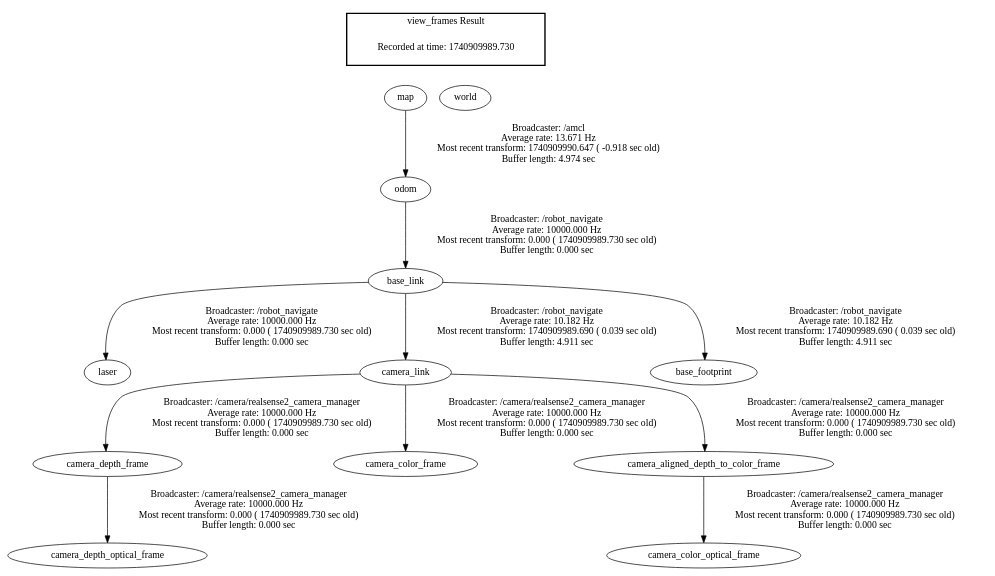
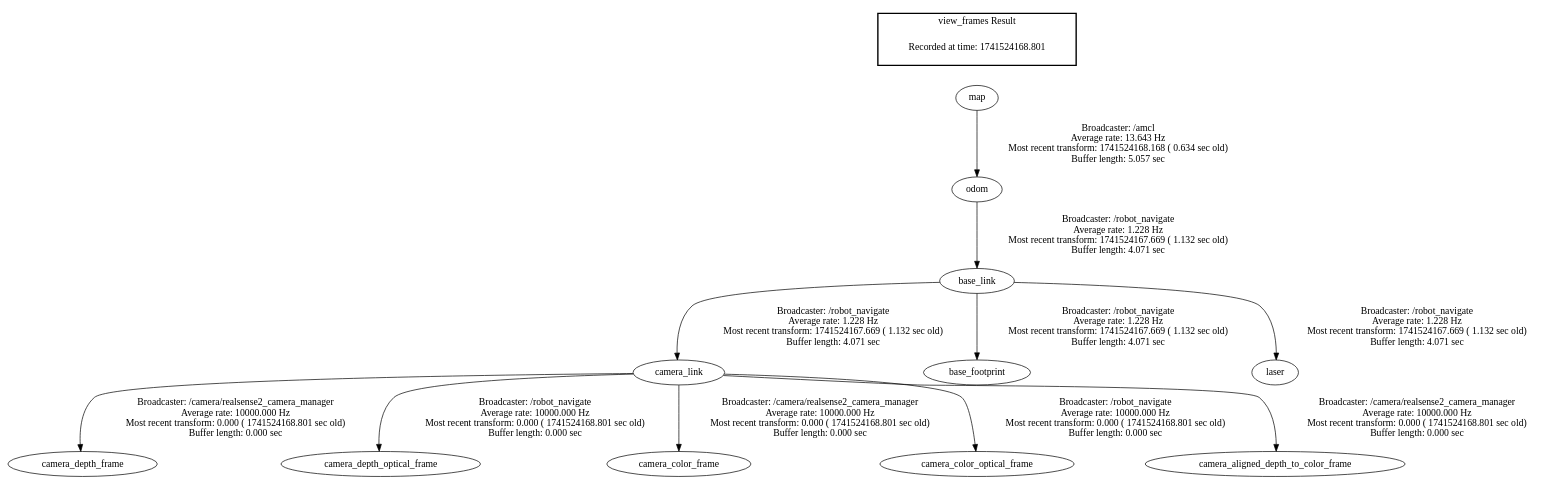
One commit to phmhp/SeniorProject2024 changed the diagram in catkin_ws/frames.gv. Above: the diagram before and after it, drawn with Graphviz. The commit also changed 372 other files, not shown here.

```diff
--- a/catkin_ws/frames.gv
+++ b/catkin_ws/frames.gv
@@ -1,20 +1,16 @@
 digraph G {
-"odom" -> "base_link"[label="Broadcaster: /robot_navigate\nAverage rate: 10000.000 Hz\nMost recent transform: 0.000 ( 1740909989.730 sec old)\nBuffer length: 0.000 sec\n"];
-"base_link" -> "laser"[label="Broadcaster: /robot_navigate\nAverage rate: 10000.000 Hz\nMost recent transform: 0.000 ( 1740909989.730 sec old)\nBuffer length: 0.000 sec\n"];
-"camera_link" -> "camera_depth_frame"[label="Broadcaster: /camera/realsense2_camera_manager\nAverage rate: 10000.000 Hz\nMost recent transform: 0.000 ( 1740909989.730 sec old)\nBuffer length: 0.000 sec\n"];
-"base_link" -> "camera_link"[label="Broadcaster: /robot_navigate\nAverage rate: 10.182 Hz\nMost recent transform: 1740909989.690 ( 0.039 sec old)\nBuffer length: 4.911 sec\n"];
-"camera_depth_frame" -> "camera_depth_optical_frame"[label="Broadcaster: /camera/realsense2_camera_manager\nAverage rate: 10000.000 Hz\nMost recent transform: 0.000 ( 1740909989.730 sec old)\nBuffer length: 0.000 sec\n"];
-"camera_link" -> "camera_color_frame"[label="Broadcaster: /camera/realsense2_camera_manager\nAverage rate: 10000.000 Hz\nMost recent transform: 0.000 ( 1740909989.730 sec old)\nBuffer length: 0.000 sec\n"];
-"camera_aligned_depth_to_color_frame" -> "camera_color_optical_frame"[label="Broadcaster: /camera/realsense2_camera_manager\nAverage rate: 10000.000 Hz\nMost recent transform: 0.000 ( 1740909989.730 sec old)\nBuffer length: 0.000 sec\n"];
-"camera_link" -> "camera_aligned_depth_to_color_frame"[label="Broadcaster: /camera/realsense2_camera_manager\nAverage rate: 10000.000 Hz\nMost recent transform: 0.000 ( 1740909989.730 sec old)\nBuffer length: 0.000 sec\n"];
-"map" -> "odom"[label="Broadcaster: /amcl\nAverage rate: 13.671 Hz\nMost recent transform: 1740909990.647 ( -0.918 sec old)\nBuffer length: 4.974 sec\n"];
-"base_link" -> "base_footprint"[label="Broadcaster: /robot_navigate\nAverage rate: 10.182 Hz\nMost recent transform: 1740909989.690 ( 0.039 sec old)\nBuffer length: 4.911 sec\n"];
+"camera_link" -> "camera_depth_frame"[label="Broadcaster: /camera/realsense2_camera_manager\nAverage rate: 10000.000 Hz\nMost recent transform: 0.000 ( 1741524168.801 sec old)\nBuffer length: 0.000 sec\n"];
+"base_link" -> "camera_link"[label="Broadcaster: /robot_navigate\nAverage rate: 1.228 Hz\nMost recent transform: 1741524167.669 ( 1.132 sec old)\nBuffer length: 4.071 sec\n"];
+"camera_link" -> "camera_depth_optical_frame"[label="Broadcaster: /robot_navigate\nAverage rate: 10000.000 Hz\nMost recent transform: 0.000 ( 1741524168.801 sec old)\nBuffer length: 0.000 sec\n"];
+"camera_link" -> "camera_color_frame"[label="Broadcaster: /camera/realsense2_camera_manager\nAverage rate: 10000.000 Hz\nMost recent transform: 0.000 ( 1741524168.801 sec old)\nBuffer length: 0.000 sec\n"];
+"camera_link" -> "camera_color_optical_frame"[label="Broadcaster: /robot_navigate\nAverage rate: 10000.000 Hz\nMost recent transform: 0.000 ( 1741524168.801 sec old)\nBuffer length: 0.000 sec\n"];
+"camera_link" -> "camera_aligned_depth_to_color_frame"[label="Broadcaster: /camera/realsense2_camera_manager\nAverage rate: 10000.000 Hz\nMost recent transform: 0.000 ( 1741524168.801 sec old)\nBuffer length: 0.000 sec\n"];
+"odom" -> "base_link"[label="Broadcaster: /robot_navigate\nAverage rate: 1.228 Hz\nMost recent transform: 1741524167.669 ( 1.132 sec old)\nBuffer length: 4.071 sec\n"];
+"map" -> "odom"[label="Broadcaster: /amcl\nAverage rate: 13.643 Hz\nMost recent transform: 1741524168.168 ( 0.634 sec old)\nBuffer length: 5.057 sec\n"];
+"base_link" -> "base_footprint"[label="Broadcaster: /robot_navigate\nAverage rate: 1.228 Hz\nMost recent transform: 1741524167.669 ( 1.132 sec old)\nBuffer length: 4.071 sec\n"];
+"base_link" -> "laser"[label="Broadcaster: /robot_navigate\nAverage rate: 1.228 Hz\nMost recent transform: 1741524167.669 ( 1.132 sec old)\nBuffer length: 4.071 sec\n"];
 edge [style=invis];
  subgraph cluster_legend { style=bold; color=black; label ="view_frames Result";
-"Recorded at time: 1740909989.730"[ shape=plaintext ] ;
- }->"world";
-edge [style=invis];
- subgraph cluster_legend { style=bold; color=black; label ="view_frames Result";
-"Recorded at time: 1740909989.730"[ shape=plaintext ] ;
+"Recorded at time: 1741524168.801"[ shape=plaintext ] ;
  }->"map";
 }
```
